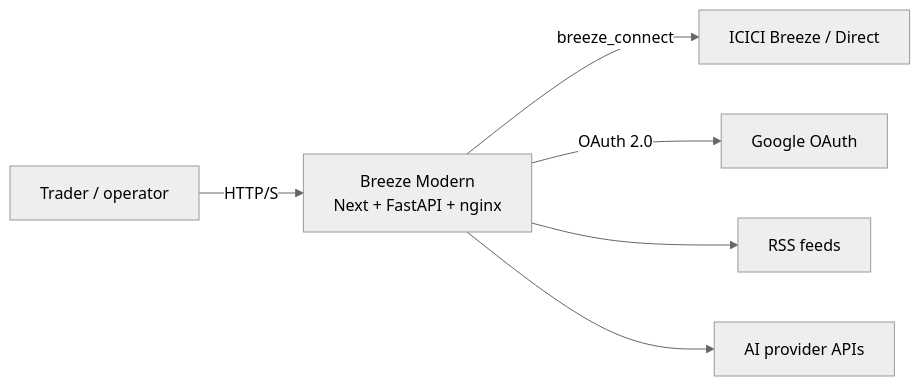
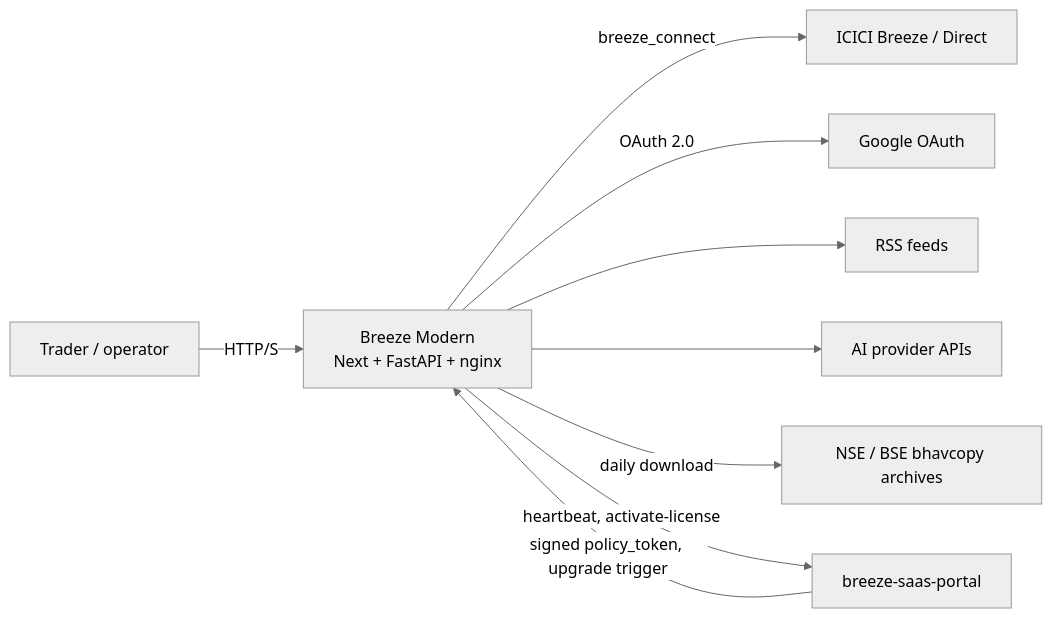
Before and after one commit to AmitMhatre-Code/breeze-core-engine: the first of 3 diagrams in docs/architecture.md, drawn with Mermaid (neutral theme). The commit also changed other lines of this file and 174 other files, not shown here.

````diff
--- a/docs/architecture.md
+++ b/docs/architecture.md
@@ -9,15 +9,20 @@
 ```mermaid
 flowchart LR
   U[Trader / operator]
   APP[Breeze Modern\nNext + FastAPI + nginx]
   ICICI[ICICI Breeze / Direct]
   GOOG[Google OAuth]
   RSS[RSS feeds]
   AI[AI provider APIs]
+  NSEBSE[NSE / BSE bhavcopy archives]
+  PORTAL[breeze-saas-portal]
 
   U -->|HTTP/S| APP
   APP -->|breeze_connect| ICICI
   APP -->|OAuth 2.0| GOOG
   APP --> RSS
   APP --> AI
+  APP -->|daily download| NSEBSE
+  APP -->|heartbeat, activate-license| PORTAL
+  PORTAL -->|signed policy_token, upgrade trigger| APP
 ```
````
